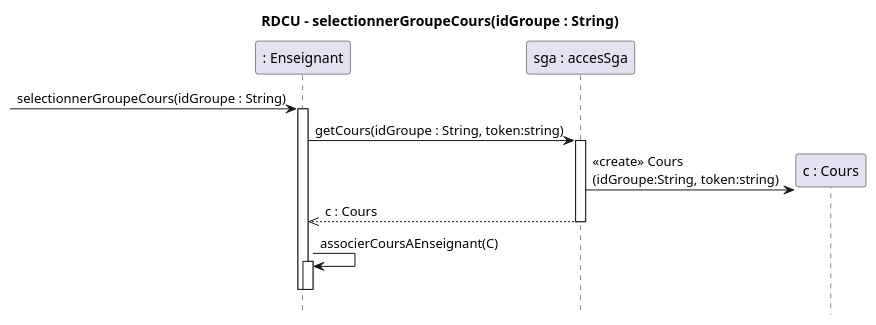
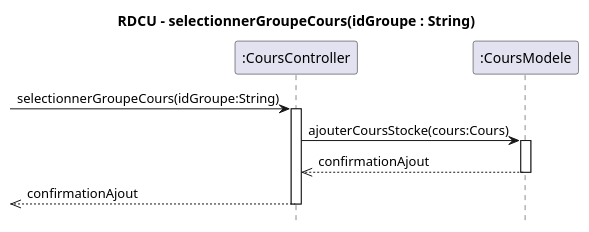
Before and after one commit to xMrYahya/moodle-clone: the diagram in docs/modeles/cu01/rdcu-sélectionnerGroupeCours.puml, drawn with PlantUML. The commit also changed 24 other files, not shown here.

```diff
--- a/docs/modeles/cu01/rdcu-sélectionnerGroupeCours.puml
+++ b/docs/modeles/cu01/rdcu-sélectionnerGroupeCours.puml
@@ -1,24 +1,16 @@
 @startuml
 hide footbox
 title RDCU - selectionnerGroupeCours(idGroupe : String)
 
-participant ": Enseignant" as E
-participant "sga : accesSga" as S
-participant "c : Cours" as C
+participant ":CoursController" as ctrl
+participant ":CoursModele" as modele
 
--> E : selectionnerGroupeCours(idGroupe : String)
-activate E
-
-E -> S : getCours(idGroupe : String, token:string)
-activate S
-S -> C ** : <<create>> Cours\n(idGroupe:String, token:string)
-
-
-S -->> E : c : Cours
-deactivate S
-
-E -> E : associerCoursAEnseignant(C)
-activate E
-deactivate E
-deactivate E
+-> ctrl : selectionnerGroupeCours(idGroupe:String)
+activate ctrl
+ctrl -> modele : ajouterCoursStocke(cours:Cours)
+activate modele
+modele -->> ctrl : confirmationAjout
+deactivate modele
+<<-- ctrl : confirmationAjout
+deactivate ctrl
 @enduml
```
